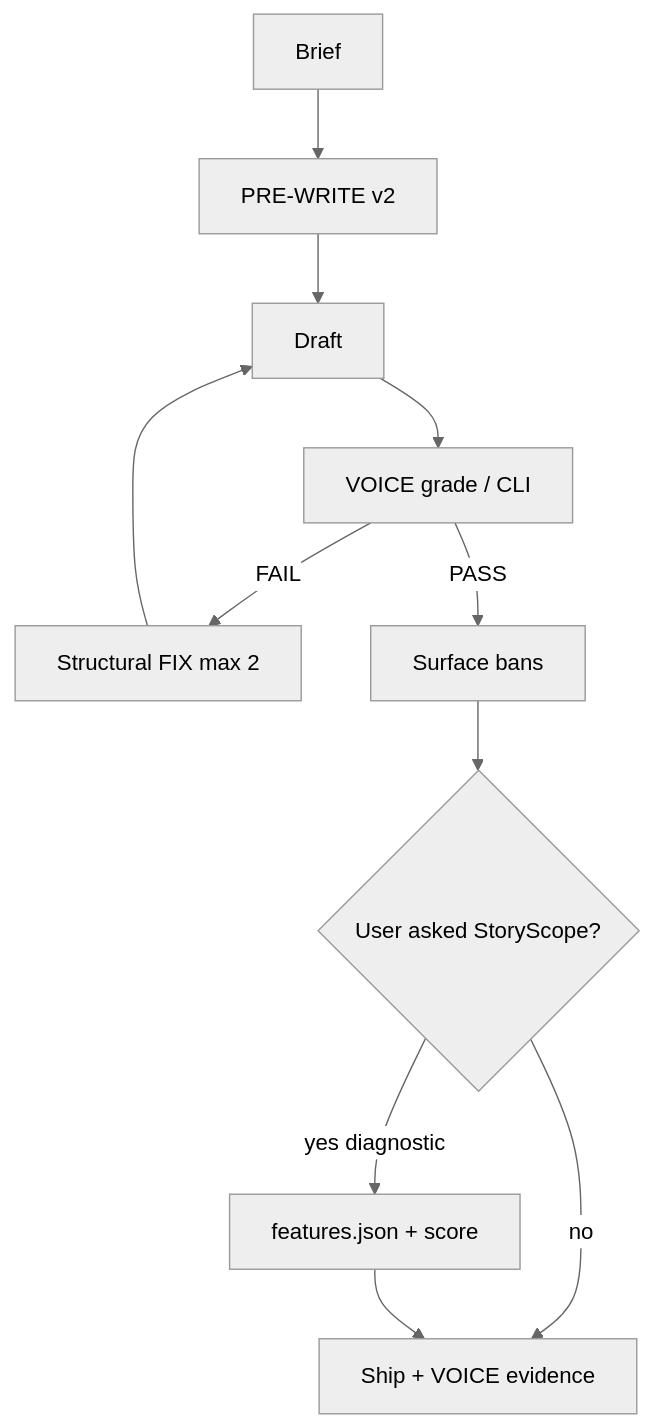
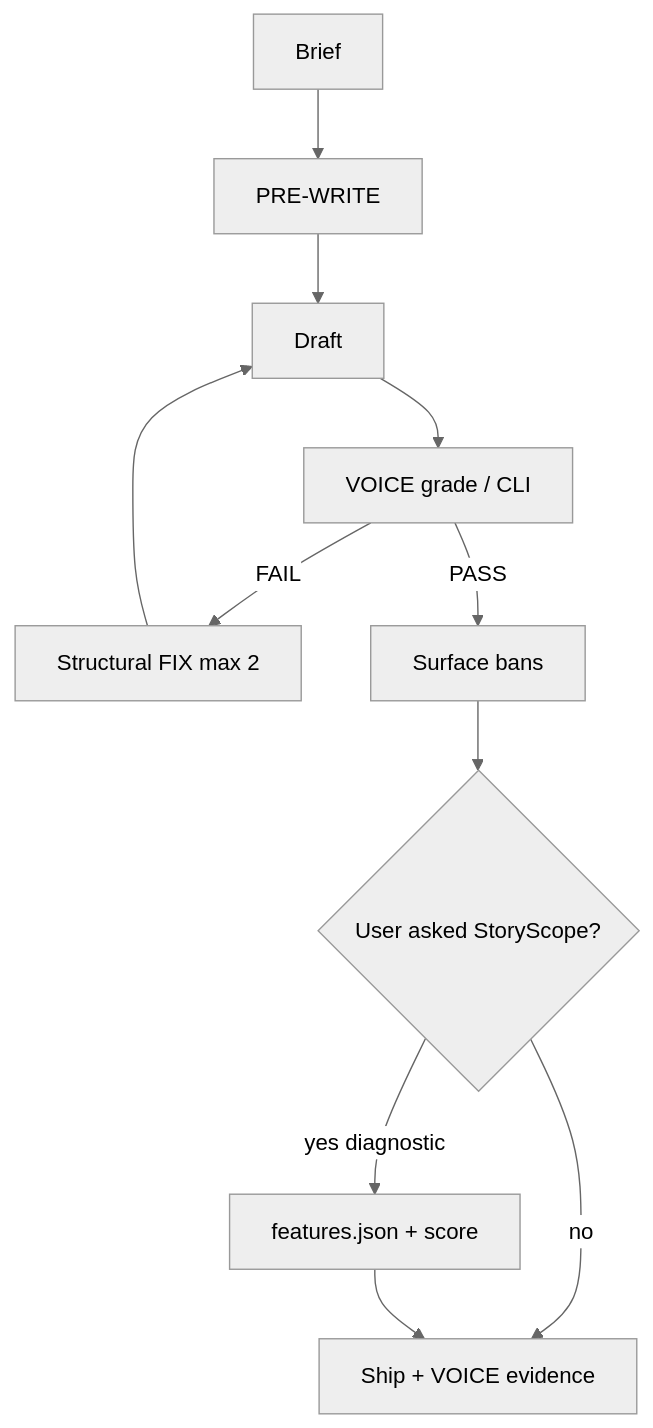
Before and after one commit to vstalingrady/noslop: the first of 2 diagrams in README.md, drawn with Mermaid (neutral theme). The commit also changed other lines of this file and 16 other files, not shown here.

Commit message:
docs: logo, quote excerpts, charts without text panels

````diff
--- a/README.md
+++ b/README.md
@@ -37,13 +43,13 @@
 ```mermaid
 flowchart TD
-  A[Brief] --> B[PRE-WRITE v2]
+  A[Brief] --> B[PRE-WRITE]
   B --> C[Draft]
   C --> D[VOICE grade / CLI]
   D -->|FAIL| E[Structural FIX max 2]
   E --> C
   D -->|PASS| F[Surface bans]
   F --> G{User asked StoryScope?}
   G -->|yes diagnostic| H[features.json + score]
   G -->|no| I[Ship + VOICE evidence]
   H --> I
 ```
````
